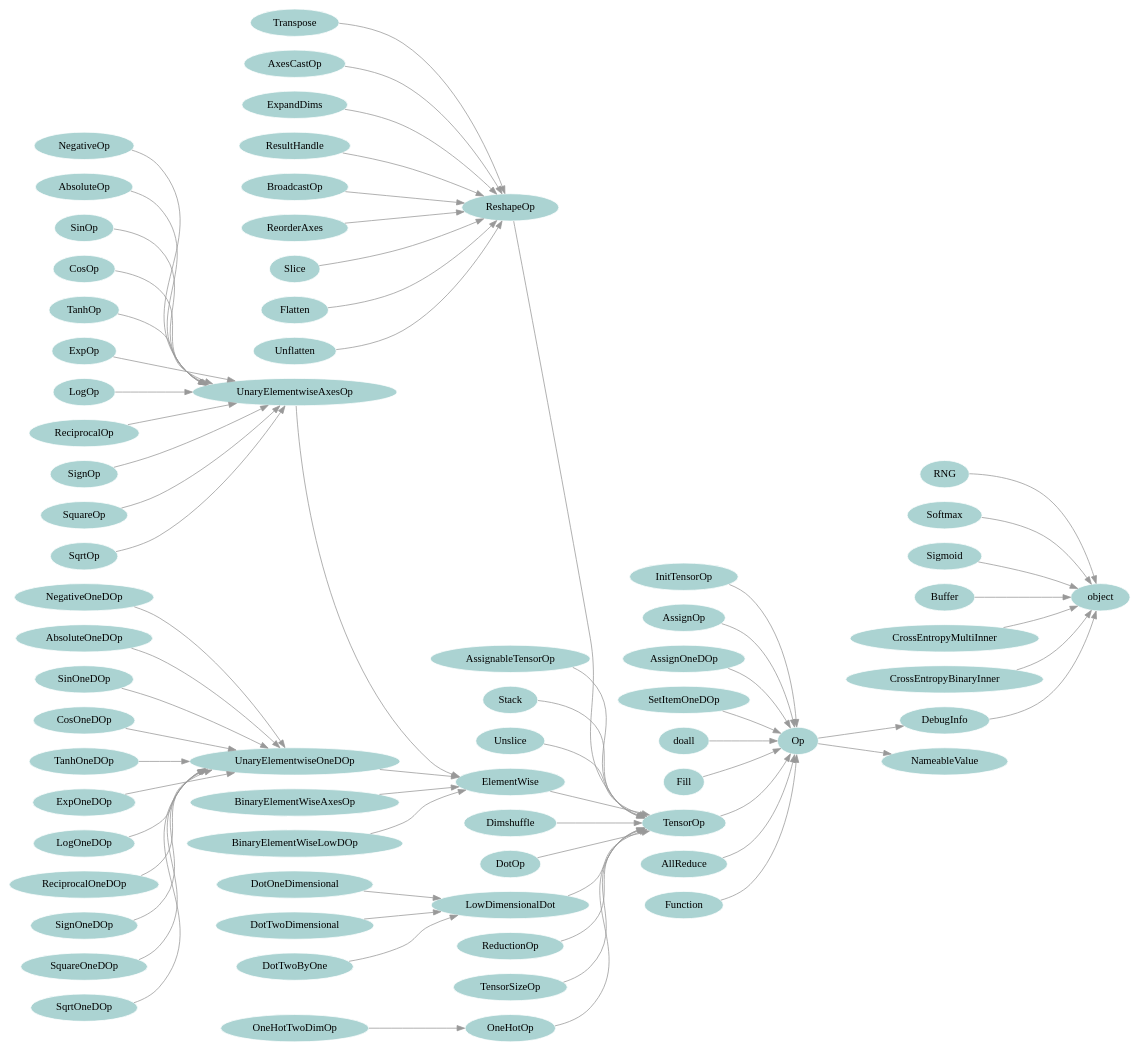
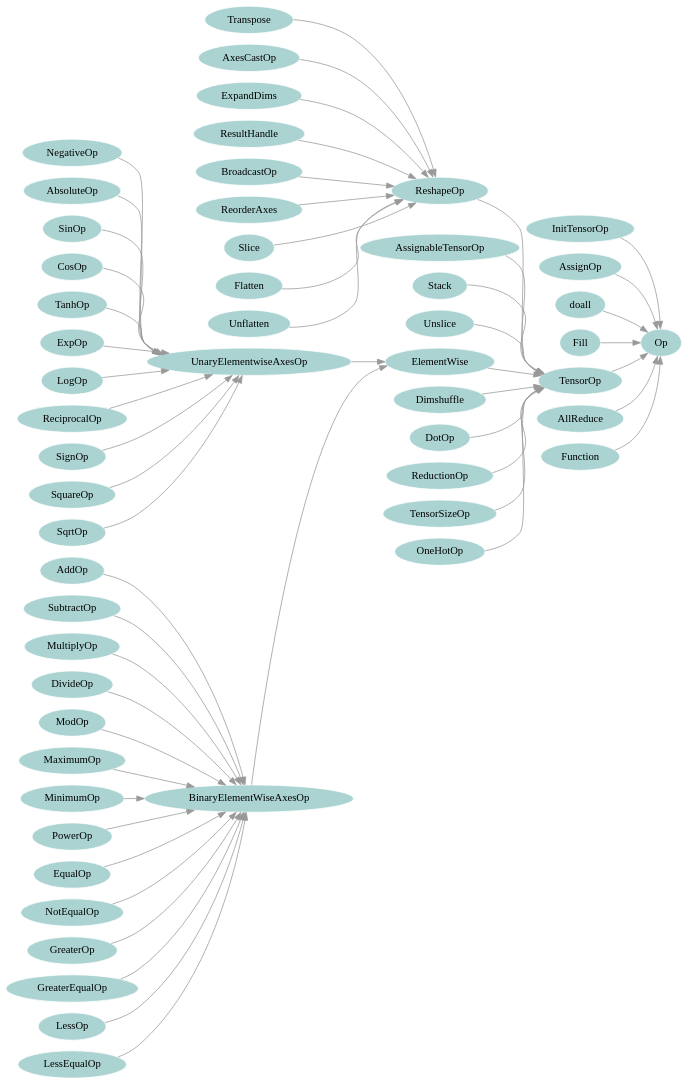
One commit to NervanaSystems/ngraph-python changed the diagram in doc/source/assets/op_hierarchy.dot. Above: the diagram before and after it, drawn with Graphviz. The commit also changed 2 other files, not shown here.

```diff
--- a/doc/source/assets/op_hierarchy.dot
+++ b/doc/source/assets/op_hierarchy.dot
@@ -1,72 +1,60 @@
 digraph {
+  graph [pad="0.0", nodesep="0.2", ranksep="0.1"];
   node [style=filled fillcolor="#abd3d2" color=white]
   edge [color="#999999"]
   rankdir=LR;
-  DebugInfo -> object
-  Op -> NameableValue, DebugInfo
+  # Op -> NameableValue, DebugInfo
   InitTensorOp -> Op
   AssignOp -> Op
-  AssignOneDOp -> Op
-  SetItemOneDOp -> Op
   doall -> Op
   Fill -> Op
   TensorOp -> Op
   ReshapeOp -> TensorOp
   Transpose -> ReshapeOp
   AxesCastOp -> ReshapeOp
   ExpandDims -> ReshapeOp
   ResultHandle -> ReshapeOp
   BroadcastOp -> ReshapeOp
   ReorderAxes -> ReshapeOp
   Slice -> ReshapeOp
   Flatten -> ReshapeOp
   Unflatten -> ReshapeOp
   AssignableTensorOp -> TensorOp
   Stack -> TensorOp
   Unslice -> TensorOp
-  RNG -> object
   AllReduce -> Op
   ElementWise -> TensorOp
   UnaryElementwiseAxesOp -> ElementWise
-  UnaryElementwiseOneDOp -> ElementWise
-  NegativeOneDOp -> UnaryElementwiseOneDOp
   NegativeOp -> UnaryElementwiseAxesOp
-  AbsoluteOneDOp -> UnaryElementwiseOneDOp
   AbsoluteOp -> UnaryElementwiseAxesOp
-  SinOneDOp -> UnaryElementwiseOneDOp
   SinOp -> UnaryElementwiseAxesOp
-  CosOneDOp -> UnaryElementwiseOneDOp
   CosOp -> UnaryElementwiseAxesOp
-  TanhOneDOp -> UnaryElementwiseOneDOp
   TanhOp -> UnaryElementwiseAxesOp
-  ExpOneDOp -> UnaryElementwiseOneDOp
   ExpOp -> UnaryElementwiseAxesOp
-  LogOneDOp -> UnaryElementwiseOneDOp
   LogOp -> UnaryElementwiseAxesOp
-  ReciprocalOneDOp -> UnaryElementwiseOneDOp
   ReciprocalOp -> UnaryElementwiseAxesOp
-  SignOneDOp -> UnaryElementwiseOneDOp
   SignOp -> UnaryElementwiseAxesOp
-  SquareOneDOp -> UnaryElementwiseOneDOp
   SquareOp -> UnaryElementwiseAxesOp
-  SqrtOneDOp -> UnaryElementwiseOneDOp
   SqrtOp -> UnaryElementwiseAxesOp
   BinaryElementWiseAxesOp -> ElementWise
-  BinaryElementWiseLowDOp -> ElementWise
   Dimshuffle -> TensorOp
   DotOp -> TensorOp
-  LowDimensionalDot -> TensorOp
-  DotOneDimensional -> LowDimensionalDot
-  DotTwoDimensional -> LowDimensionalDot
-  DotTwoByOne -> LowDimensionalDot
-  Softmax -> object
   ReductionOp -> TensorOp
   TensorSizeOp -> TensorOp
   OneHotOp -> TensorOp
-  OneHotTwoDimOp -> OneHotOp
-  Sigmoid -> object
   Function -> Op
-  Buffer -> object
-  CrossEntropyMultiInner -> object
-  CrossEntropyBinaryInner -> object
+  AddOp -> BinaryElementWiseAxesOp
+  SubtractOp -> BinaryElementWiseAxesOp
+  MultiplyOp -> BinaryElementWiseAxesOp
+  DivideOp -> BinaryElementWiseAxesOp
+  ModOp -> BinaryElementWiseAxesOp
+  MaximumOp -> BinaryElementWiseAxesOp
+  MinimumOp -> BinaryElementWiseAxesOp
+  PowerOp -> BinaryElementWiseAxesOp
+  EqualOp -> BinaryElementWiseAxesOp
+  NotEqualOp -> BinaryElementWiseAxesOp
+  GreaterOp -> BinaryElementWiseAxesOp
+  GreaterEqualOp -> BinaryElementWiseAxesOp
+  LessOp -> BinaryElementWiseAxesOp
+  LessEqualOp -> BinaryElementWiseAxesOp
 }
```
